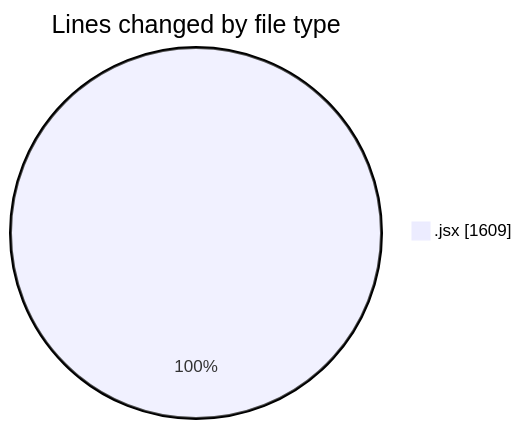
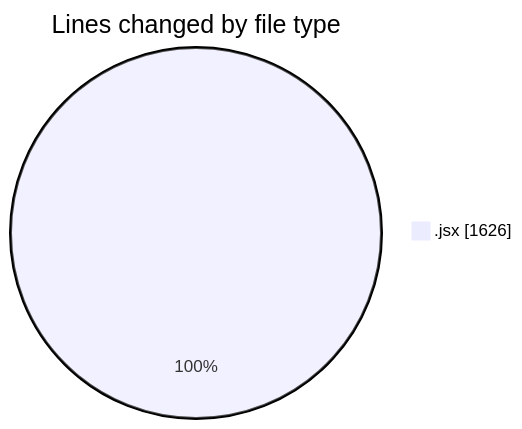
One commit to nxtqubesakshisongat/code-tracking changed the first of 2 diagrams in 2025-08-22/nxtqube_webapp/README.md. Above: the diagram before and after it, drawn with Mermaid. The commit also changed other lines of this file and 1 other file, not shown here.

````diff
--- a/2025-08-22/nxtqube_webapp/README.md
+++ b/2025-08-22/nxtqube_webapp/README.md
@@ -20,5 +20,5 @@
 ```mermaid
 pie showData
 title Lines changed by file type
-".jsx" : 1609
+".jsx" : 1626
 ```
````
